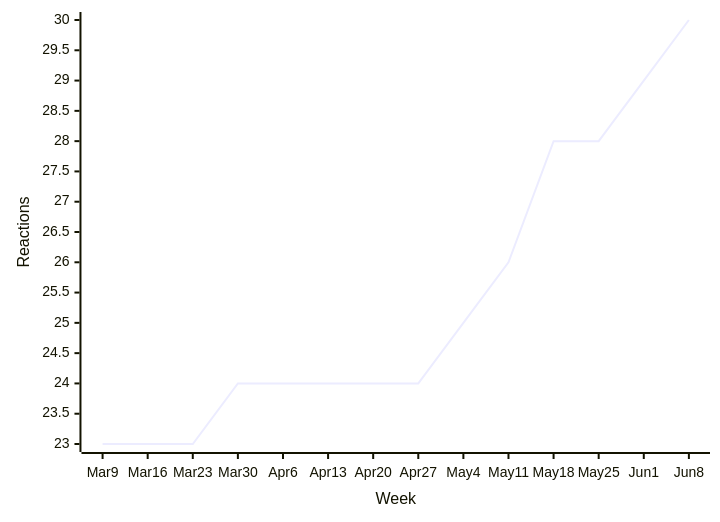
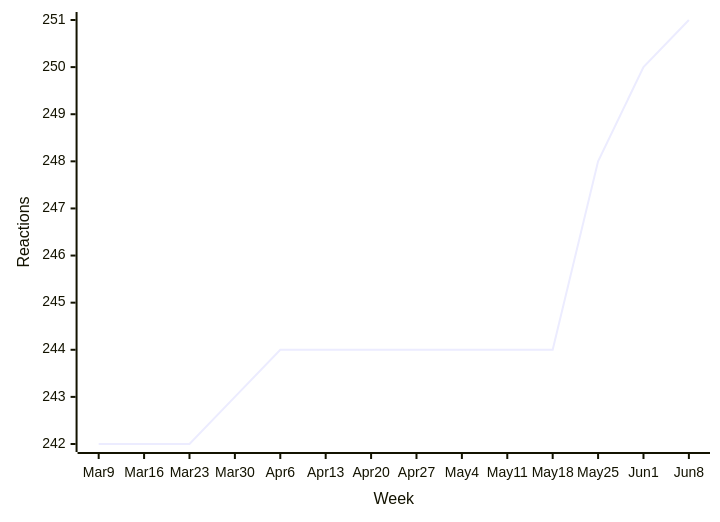
Before and after one commit to loic-sharma/github-insights: diagram 17 of 48 in README.md, drawn with Mermaid. The commit also changed other lines of this file and 3 other files, not shown here.

````diff
--- a/README.md
+++ b/README.md
@@ -594,6 +611,6 @@
   ```mermaid
   xychart-beta
     x-axis "Week" [Mar 9, Mar 16, Mar 23, Mar 30, Apr 6, Apr 13, Apr 20, Apr 27, May 4, May 11, May 18, May 25, Jun 1, Jun 8]
     y-axis "Reactions"
-    line [23, 23, 23, 24, 24, 24, 24, 24, 25, 26, 28, 28, 29, 30]
+    line [242, 242, 242, 243, 244, 244, 244, 244, 244, 244, 244, 248, 250, 251]
   ```
````
